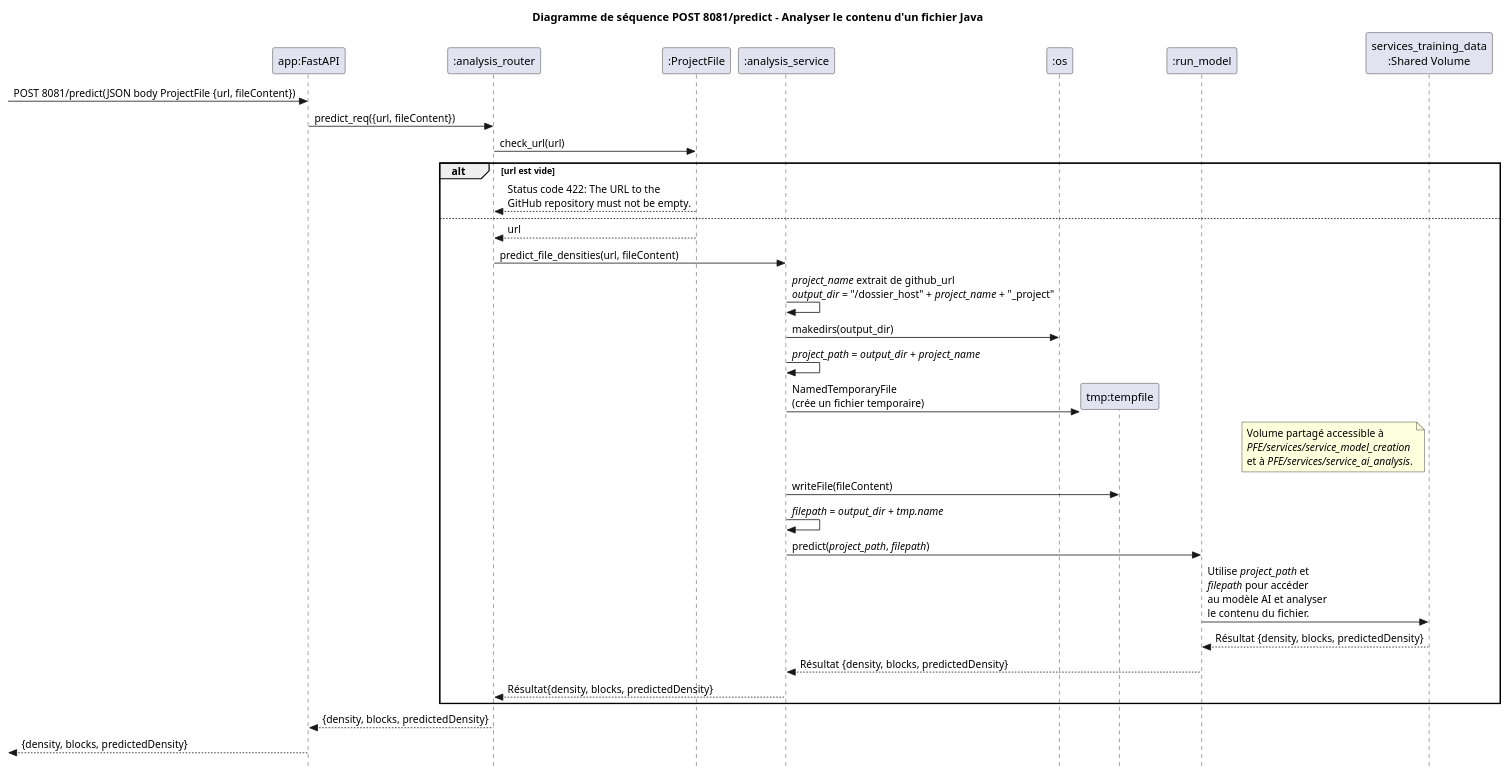
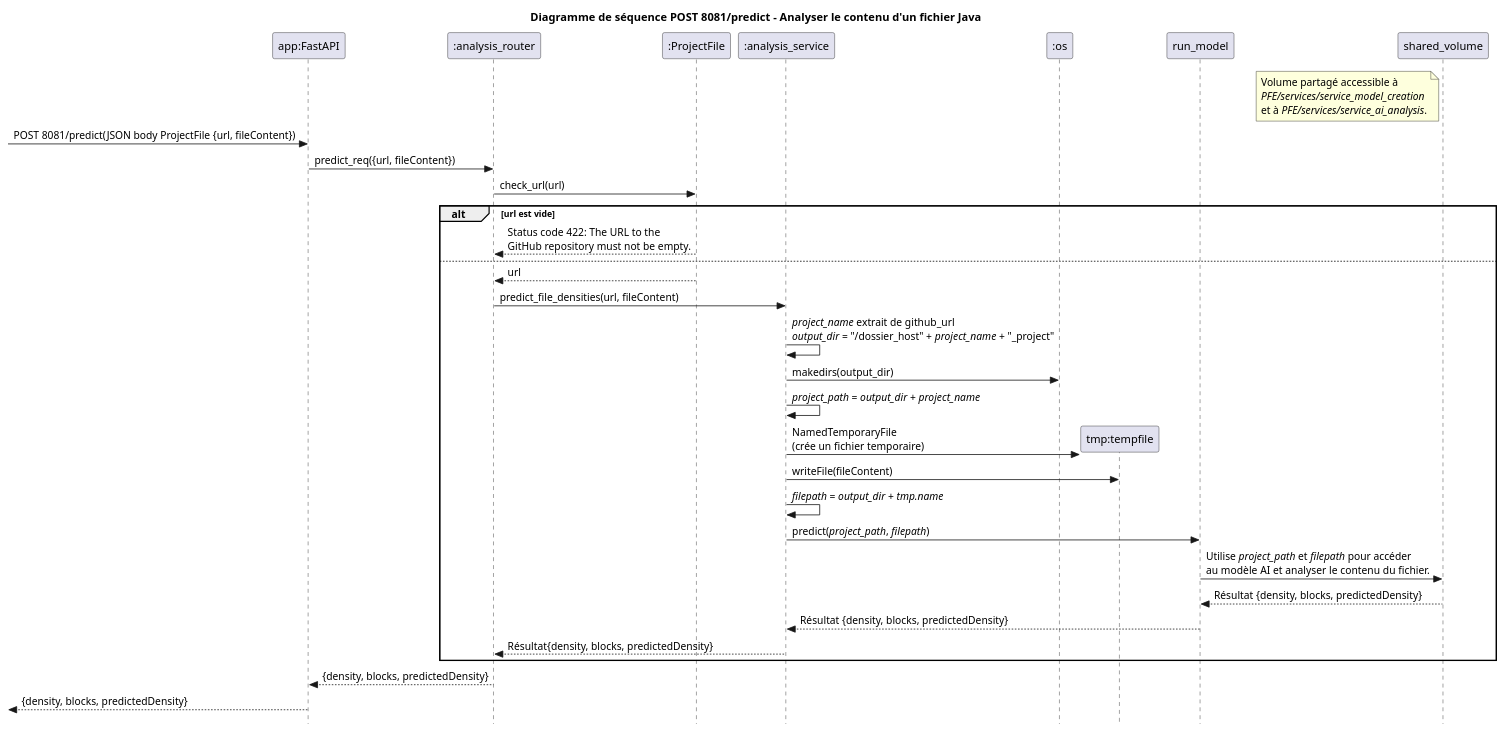
The diagram in artifacts/ds - POST 8081 predict.puml (DaREf-MS/log-density-plugin), drawn with PlantUML before and after one commit. The commit also changed 2 other files, not shown here.

Commit message:
POST 8081/analyzeProject

```diff
--- a/artifacts/ds - POST 8081 predict.puml
+++ b/artifacts/ds - POST 8081 predict.puml
@@ -1,50 +1,50 @@
 @startuml
 title Diagramme de séquence POST 8081/predict - Analyser le contenu d'un fichier Java
 skinparam style strictuml
 
 participant "app:FastAPI" as app
 participant ":analysis_router" as analysis_router
 participant ":ProjectFile" as projectFile
 participant ":analysis_service" as analysis_service
 participant ":os" as os
+
+note left of shared_volume
+    Volume partagé accessible à
+    //PFE/services/service_model_creation//
+    et à //PFE/services/service_ai_analysis//.
+end note
 
 -> app : POST 8081/predict(JSON body ProjectFile {url, fileContent})
 app -> analysis_router : predict_req({url, fileContent})
 
 analysis_router -> projectFile : check_url(url)
 alt url est vide
     projectFile --> analysis_router : Status code 422: The URL to the\nGitHub repository must not be empty.
 else
     projectFile --> analysis_router : url
     analysis_router -> analysis_service : predict_file_densities(url, fileContent)
 
     analysis_service -> analysis_service : //project_name// extrait de github_url\n//output_dir// = "/dossier_host" + //project_name// + "_project"
     analysis_service -> os : makedirs(output_dir)
     analysis_service -> analysis_service : //project_path// = //output_dir// + //project_name//
 
     analysis_service -> "tmp:tempfile" as tmp ** : NamedTemporaryFile\n(crée un fichier temporaire)
 
-participant ":run_model" as run_model
-participant "services_training_data\n:Shared Volume" as shared_volume
-note left of shared_volume
-    Volume partagé accessible à
-    //PFE/services/service_model_creation//
-    et à //PFE/services/service_ai_analysis//.
-end note
-
     analysis_service -> tmp : writeFile(fileContent)
 
     analysis_service -> analysis_service : //filepath// = //output_dir// + //tmp.name//
 
     analysis_service -> run_model : predict(//project_path//, //filepath//)
-    run_model -> shared_volume : Utilise //project_path// et\n//filepath// pour accéder\nau modèle AI et analyser\nle contenu du fichier.
+    run_model -> shared_volume : Utilise //project_path// et //filepath// pour accéder\nau modèle AI et analyser le contenu du fichier.
 
     shared_volume --> run_model : Résultat {density, blocks, predictedDensity}
     run_model --> analysis_service : Résultat {density, blocks, predictedDensity}
     analysis_service --> analysis_router: Résultat{density, blocks, predictedDensity}
 end
 
 analysis_router --> app : {density, blocks, predictedDensity}
 <-- app : {density, blocks, predictedDensity}
 
+participant ":run_model" as run_model
+participant "services_training_data\n:Shared Volume" as shared_volume
 @enduml
```
